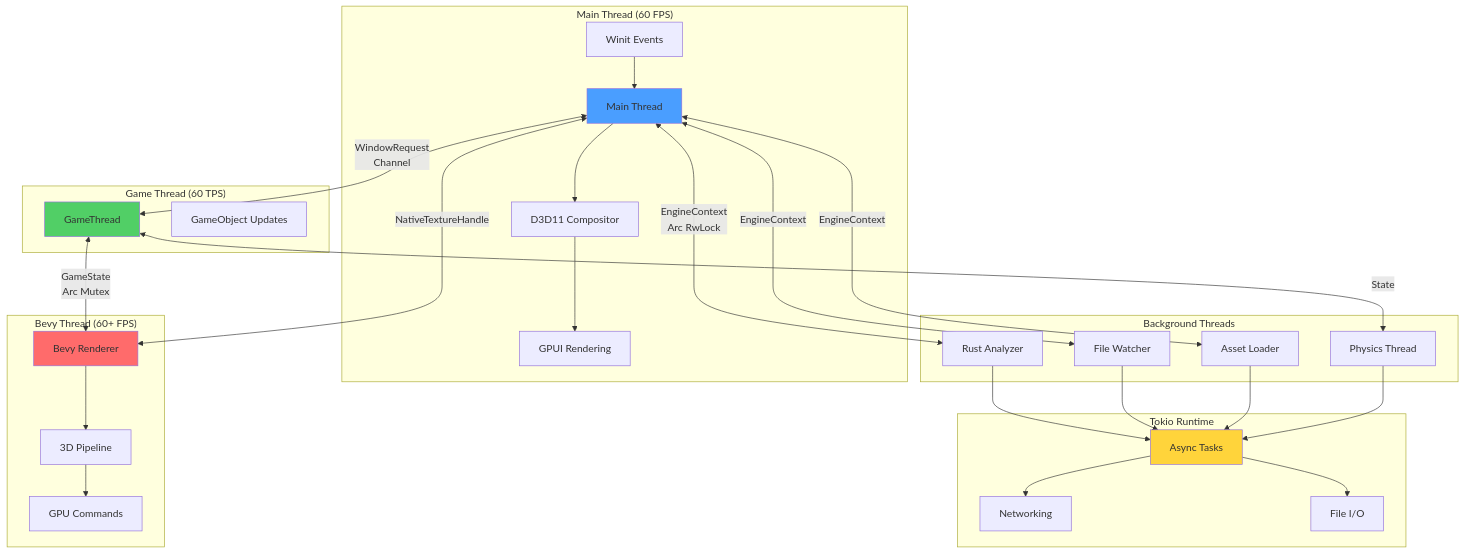
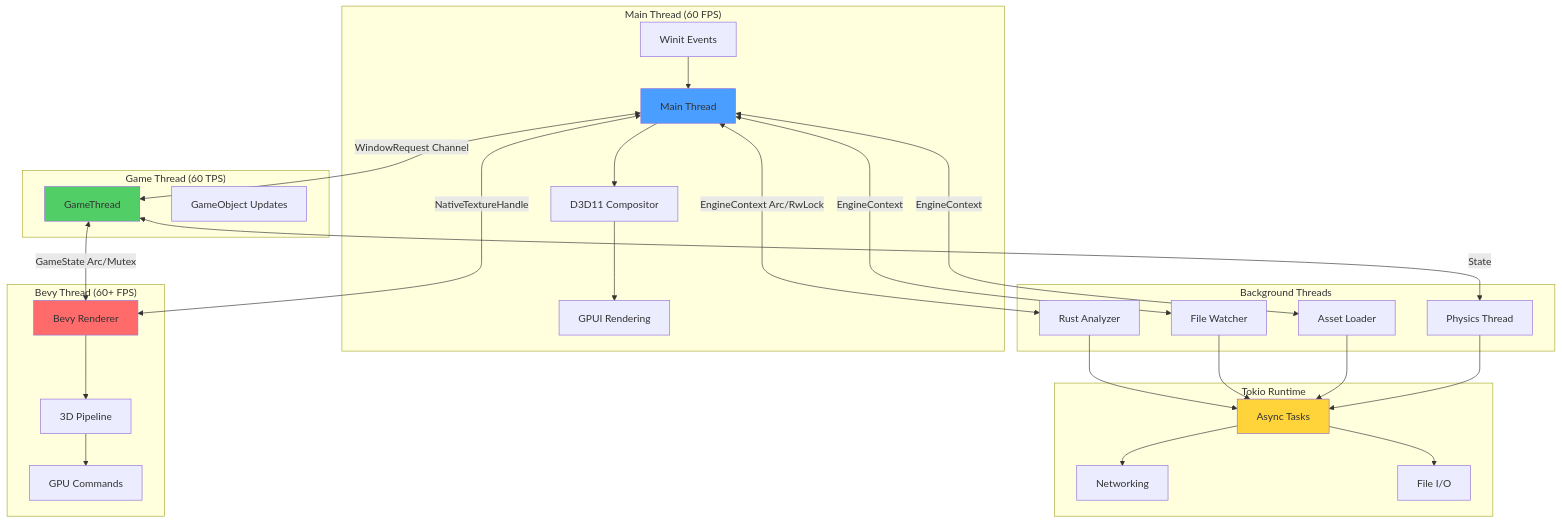
Before and after one commit to Far-Beyond-Pulsar/docs: the third of 5 diagrams in public/docs/core-concepts/architecture.md, drawn with Mermaid. The commit also changed other lines of this file and 2 other files, not shown here.

First line of the commit message:
Refine architecture diagrams and update generated docs

````diff
--- a/public/docs/core-concepts/architecture.md
+++ b/public/docs/core-concepts/architecture.md
@@ -555,57 +555,57 @@
 ```mermaid
 graph TB
     subgraph "Main Thread (60 FPS)"
         MT[Main Thread]
         WE[Winit Events]
         COMP[D3D11 Compositor]
         GPUI[GPUI Rendering]
     end
 
     subgraph "Game Thread (60 TPS)"
         GT[GameThread]
         GO[GameObject Updates]
     end
 
     subgraph "Bevy Thread (60+ FPS)"
         BT[Bevy Renderer]
         BP[3D Pipeline]
         GPU[GPU Commands]
     end
 
     subgraph "Background Threads"
         RA[Rust Analyzer]
         FW[File Watcher]
         AL[Asset Loader]
         PH[Physics Thread]
     end
 
     subgraph "Tokio Runtime"
         TR[Async Tasks]
         NET[Networking]
         IO[File I/O]
     end
 
     WE --> MT
     MT --> COMP
     COMP --> GPUI
-    MT <-->|WindowRequest<br/>Channel| GT
+    MT <-->|WindowRequest Channel| GT
     MT <-->|NativeTextureHandle| BT
     BT --> BP
     BP --> GPU
-    GT <-->|GameState<br/>Arc Mutex| BT
-    MT <-->|EngineContext<br/>Arc RwLock| RA
+    GT <-->|GameState Arc/Mutex| BT
+    MT <-->|EngineContext Arc/RwLock| RA
     MT <-->|EngineContext| FW
     MT <-->|EngineContext| AL
     GT <-->|State| PH
     RA --> TR
     FW --> TR
     AL --> TR
     PH --> TR
     TR --> NET
     TR --> IO
 
     style MT fill:#4a9eff
     style GT fill:#51cf66
     style BT fill:#ff6b6b
     style TR fill:#ffd43b
 ```
````
